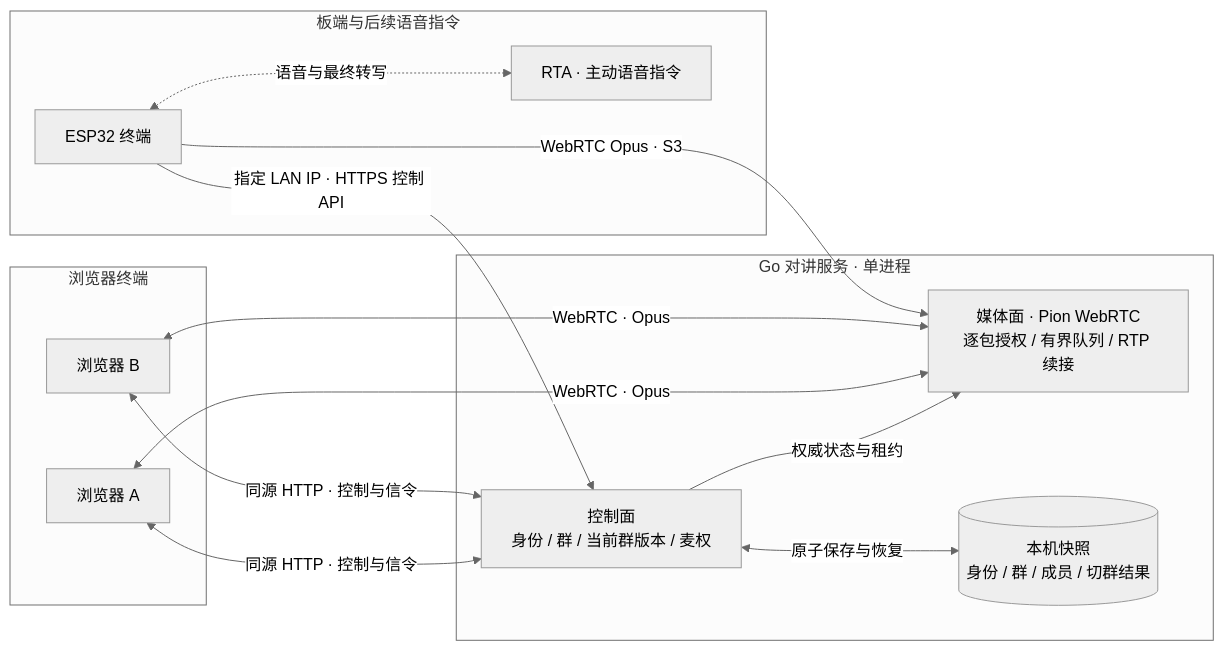
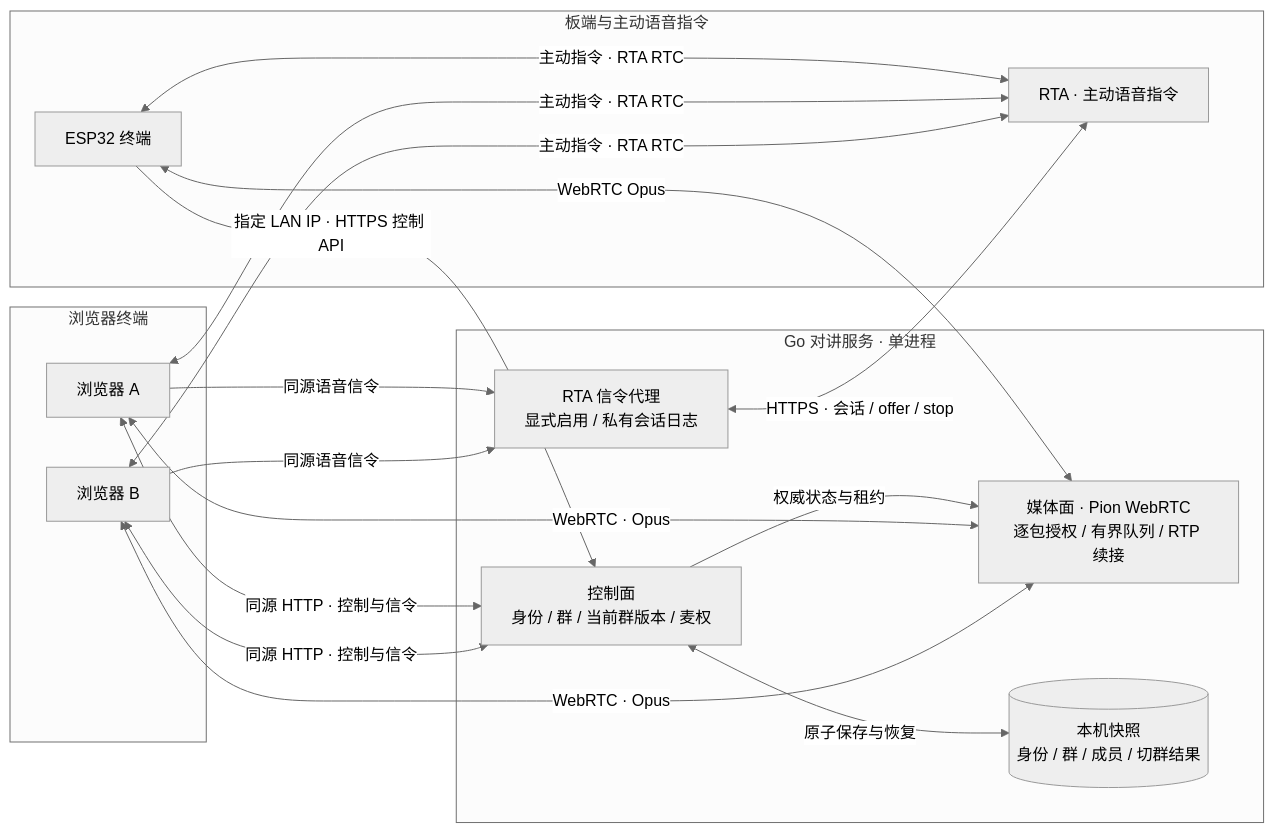
One commit to iewiad/miku-intercom changed the first of 5 diagrams in README.md. Above: the diagram before and after it, drawn with Mermaid (neutral theme). The commit also changed other lines of this file and 62 other files, not shown here.

````diff
--- a/README.md
+++ b/README.md
@@ -13,25 +13,31 @@
 ```mermaid
 flowchart LR
     subgraph Clients[浏览器终端]
         A[浏览器 A]
         B[浏览器 B]
     end
     subgraph Server[Go 对讲服务 · 单进程]
         C[控制面<br/>身份 / 群 / 当前群版本 / 麦权]
         M[媒体面 · Pion WebRTC<br/>逐包授权 / 有界队列 / RTP 续接]
+        V[RTA 信令代理<br/>显式启用 / 私有会话日志]
         D[(本机快照<br/>身份 / 群 / 成员 / 切群结果)]
         C -->|权威状态与租约| M
         C <-->|原子保存与恢复| D
     end
     A <-->|同源 HTTP · 控制与信令| C
     B <-->|同源 HTTP · 控制与信令| C
     A <-->|WebRTC · Opus| M
     B <-->|WebRTC · Opus| M
-    subgraph Device[板端与后续语音指令]
+    subgraph Device[板端与主动语音指令]
         E[ESP32 终端]
         R[RTA · 主动语音指令]
     end
     E -->|指定 LAN IP · HTTPS 控制 API| C
-    E -->|WebRTC Opus · S3| M
-    E <-.->|语音与最终转写| R
+    E <-->|WebRTC Opus| M
+    E <-->|主动指令 · RTA RTC| R
+    A <-->|主动指令 · RTA RTC| R
+    B <-->|主动指令 · RTA RTC| R
+    A -->|同源语音信令| V
+    B -->|同源语音信令| V
+    V <-->|HTTPS · 会话 / offer / stop| R
 ```
````
